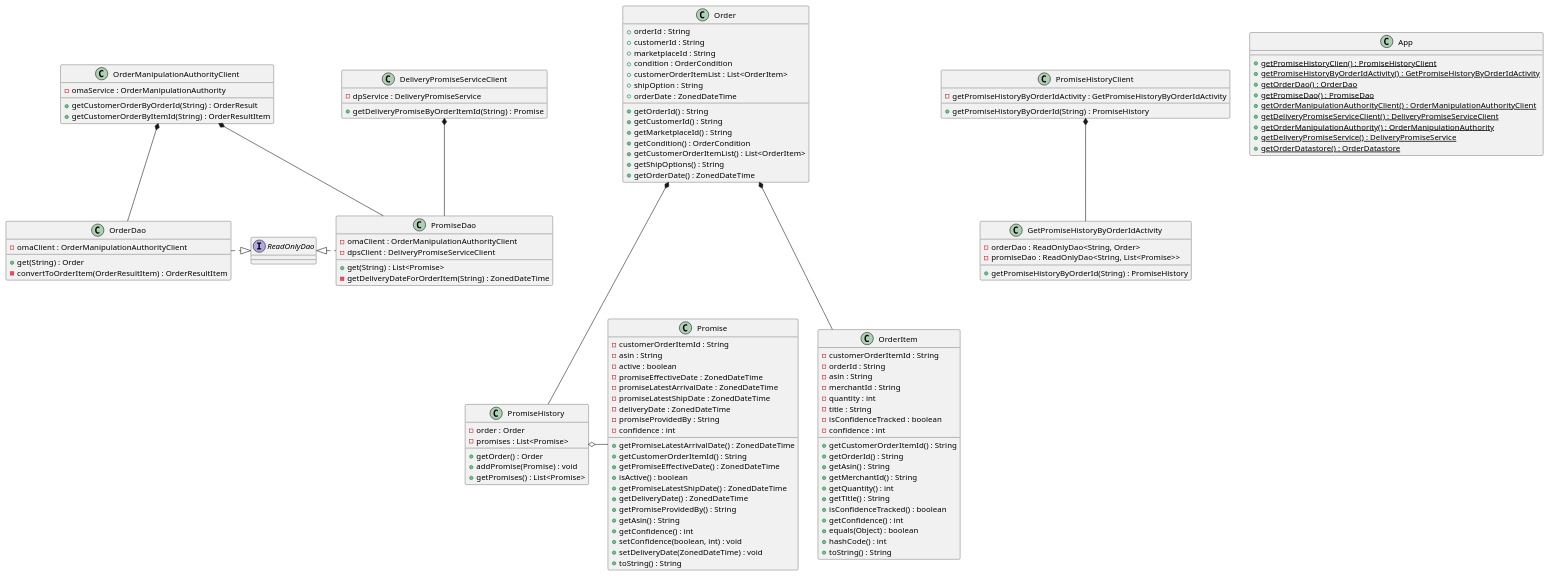
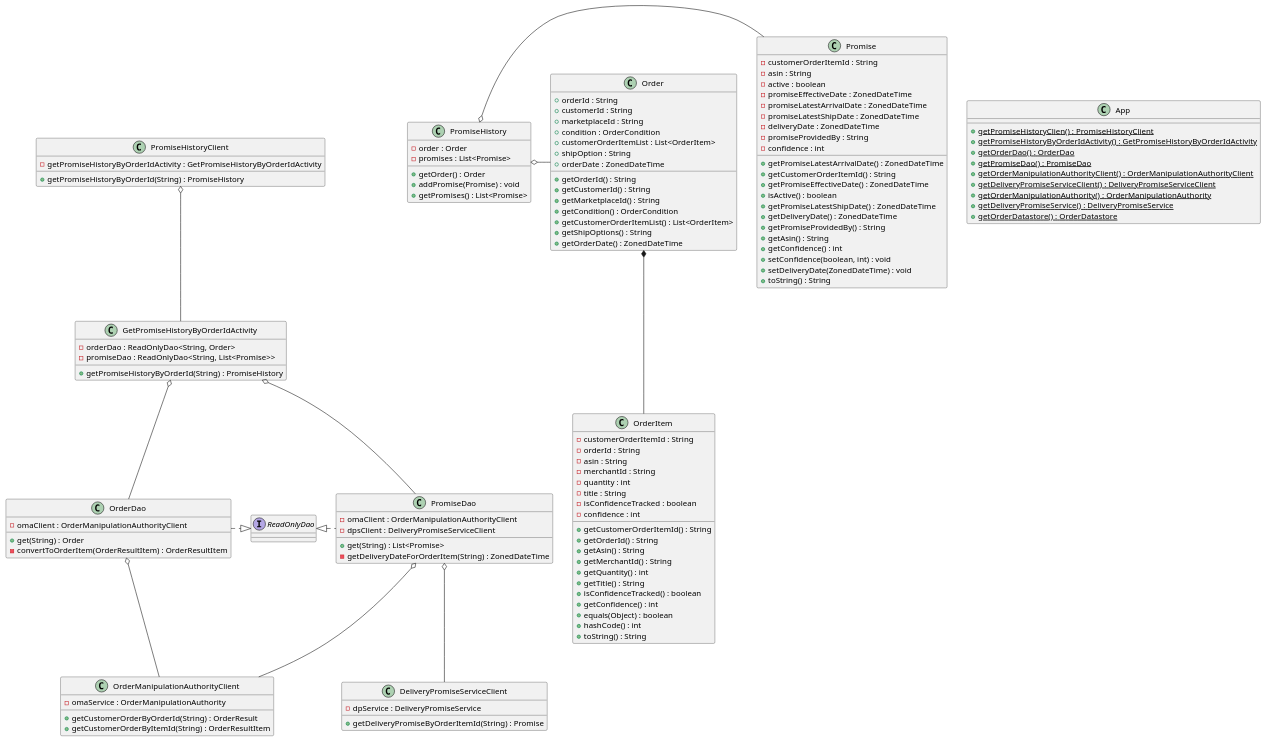
Before and after one commit to Dicerson/Unit2SprintAssessment: the diagram in src/resources/deliveringonourpromise_CD.puml, drawn with PlantUML.

Commit message:
Prepared Task 4 Actual Fix

```diff
--- a/src/resources/deliveringonourpromise_CD.puml
+++ b/src/resources/deliveringonourpromise_CD.puml
@@ -1,128 +1,131 @@
 @startuml
 'https://plantuml.com/class-diagram
 
 class PromiseHistoryClient {
     - getPromiseHistoryByOrderIdActivity : GetPromiseHistoryByOrderIdActivity
     + getPromiseHistoryByOrderId(String) : PromiseHistory
 }
 class GetPromiseHistoryByOrderIdActivity {
     - orderDao : ReadOnlyDao<String, Order>
     - promiseDao : ReadOnlyDao<String, List<Promise>>
     + getPromiseHistoryByOrderId(String) : PromiseHistory
 }
 class OrderDao {
     - omaClient : OrderManipulationAuthorityClient
     + get(String) : Order
     - convertToOrderItem(OrderResultItem) : OrderResultItem
 }
 class PromiseDao {
     - omaClient : OrderManipulationAuthorityClient
     - dpsClient : DeliveryPromiseServiceClient
     + get(String) : List<Promise>
     - getDeliveryDateForOrderItem(String) : ZonedDateTime
 }
 class OrderManipulationAuthorityClient {
     - omaService : OrderManipulationAuthority
     + getCustomerOrderByOrderId(String) : OrderResult
     + getCustomerOrderByItemId(String) : OrderResultItem
 }
 class DeliveryPromiseServiceClient {
     - dpService : DeliveryPromiseService
     + getDeliveryPromiseByOrderItemId(String) : Promise
 }
 interface ReadOnlyDao
 
 class Order {
     + orderId : String
     + customerId : String
     + marketplaceId : String
     + condition : OrderCondition
     + customerOrderItemList : List<OrderItem>
     + shipOption : String
     + orderDate : ZonedDateTime
 
     + getOrderId() : String
     + getCustomerId() : String
     + getMarketplaceId() : String
     + getCondition() : OrderCondition
     + getCustomerOrderItemList() : List<OrderItem>
     + getShipOptions() : String
     + getOrderDate() : ZonedDateTime
 }
 class OrderItem {
     - customerOrderItemId : String
     - orderId : String
     - asin : String
     - merchantId : String
     - quantity : int
     - title : String
     - isConfidenceTracked : boolean
     - confidence : int
 
     + getCustomerOrderItemId() : String
     + getOrderId() : String
     + getAsin() : String
     + getMerchantId() : String
     + getQuantity() : int
     + getTitle() : String
     + isConfidenceTracked() : boolean
     + getConfidence() : int
     + equals(Object) : boolean
     + hashCode() : int
     + toString() : String
 }
 class Promise {
     - customerOrderItemId : String
     - asin : String
     - active : boolean
     - promiseEffectiveDate : ZonedDateTime
     - promiseLatestArrivalDate : ZonedDateTime
     - promiseLatestShipDate : ZonedDateTime
     - deliveryDate : ZonedDateTime
     - promiseProvidedBy : String
     - confidence : int
 
     + getPromiseLatestArrivalDate() : ZonedDateTime
     + getCustomerOrderItemId() : String
     + getPromiseEffectiveDate() : ZonedDateTime
     + isActive() : boolean
     + getPromiseLatestShipDate() : ZonedDateTime
     + getDeliveryDate() : ZonedDateTime
     + getPromiseProvidedBy() : String
     + getAsin() : String
     + getConfidence() : int
     + setConfidence(boolean, int) : void
     + setDeliveryDate(ZonedDateTime) : void
     + toString() : String
 }
 class PromiseHistory {
     - order : Order
     - promises : List<Promise>
 
     + getOrder() : Order
     + addPromise(Promise) : void
     + getPromises() : List<Promise>
 }
 
 class App {
     + getPromiseHistoryClien() : PromiseHistoryClient {static}
     + getPromiseHistoryByOrderIdActivity() : GetPromiseHistoryByOrderIdActivity {static}
     + getOrderDao() : OrderDao {static}
     + getPromiseDao() : PromiseDao {static}
     + getOrderManipulationAuthorityClient() : OrderManipulationAuthorityClient {static}
     + getDeliveryPromiseServiceClient() : DeliveryPromiseServiceClient {static}
     + getOrderManipulationAuthority() : OrderManipulationAuthority {static}
     + getDeliveryPromiseService() : DeliveryPromiseService {static}
     + getOrderDatastore() : OrderDatastore {static}
 }
 
-PromiseHistoryClient *-- GetPromiseHistoryByOrderIdActivity
-DeliveryPromiseServiceClient *-- PromiseDao
-OrderManipulationAuthorityClient *-- OrderDao
-OrderManipulationAuthorityClient *-- PromiseDao
+PromiseHistoryClient o-- GetPromiseHistoryByOrderIdActivity
+GetPromiseHistoryByOrderIdActivity o-- PromiseDao
+GetPromiseHistoryByOrderIdActivity o-- OrderDao
+PromiseDao o-- DeliveryPromiseServiceClient
+PromiseDao o-- OrderManipulationAuthorityClient
+OrderDao o-- OrderManipulationAuthorityClient
 OrderDao .|> ReadOnlyDao
 ReadOnlyDao <|. PromiseDao
+PromiseHistory o- Promise
+PromiseHistory o- Order
 Order *--- OrderItem
-Order *--- PromiseHistory
-PromiseHistory o- Promise
+
 @enduml
```
